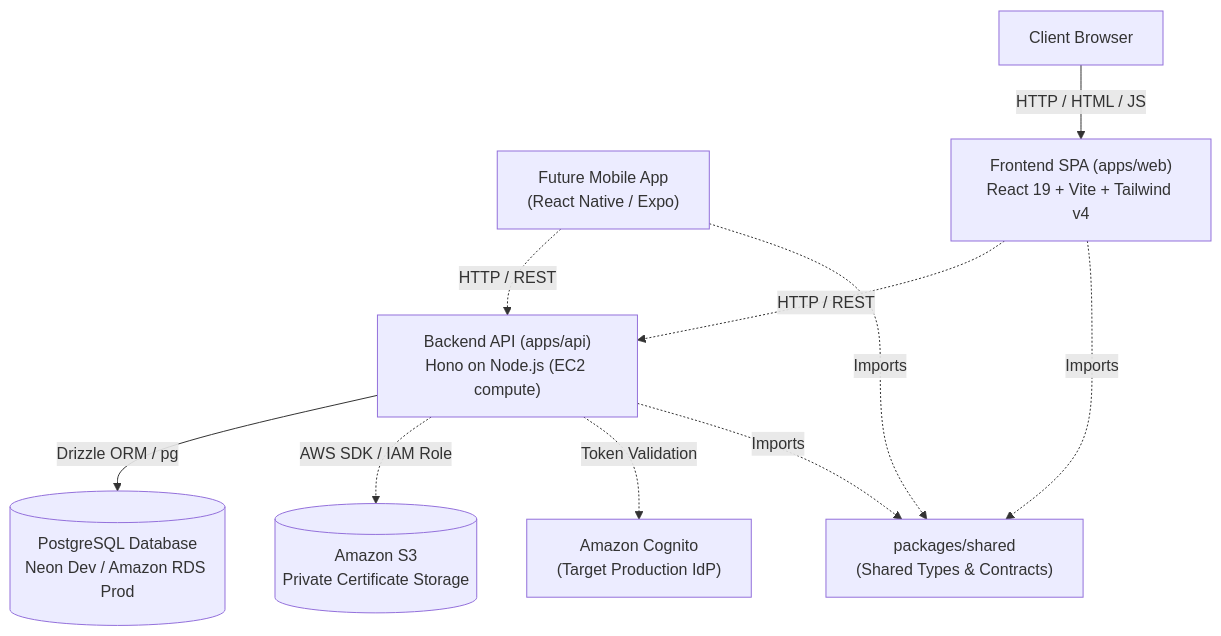
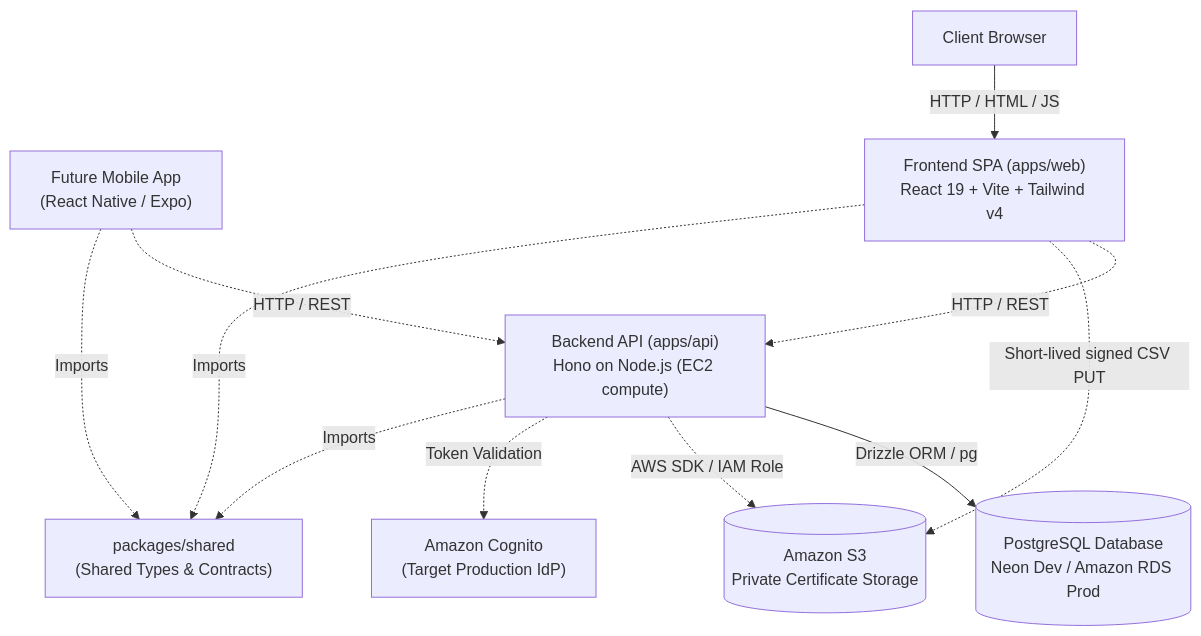
Before and after one commit to chrisFernandes-590/hmi_certificate_system: the diagram in docs/architecture/overview.md, drawn with Mermaid. The commit also changed other lines of this file and 101 other files, not shown here.

````diff
--- a/docs/architecture/overview.md
+++ b/docs/architecture/overview.md
@@ -12,21 +12,22 @@
 ```mermaid
 graph TD
     User["Client Browser"]
     Mobile["Future Mobile App<br/>(React Native / Expo)"]
     Web["Frontend SPA (apps/web)<br/>React 19 + Vite + Tailwind v4"]
     API["Backend API (apps/api)<br/>Hono on Node.js (EC2 compute)"]
     DB[("PostgreSQL Database<br/>Neon Dev / Amazon RDS Prod")]
     S3[("Amazon S3<br/>Private Certificate Storage")]
     Cognito["Amazon Cognito<br/>(Target Production IdP)"]
     Shared["packages/shared<br/>(Shared Types & Contracts)"]
 
     User -->|HTTP / HTML / JS| Web
     Mobile -.->|HTTP / REST| API
     Web -.->|HTTP / REST| API
     API -->|Drizzle ORM / pg| DB
     API -.->|AWS SDK / IAM Role| S3
+    Web -.->|Short-lived signed CSV PUT| S3
     API -.->|Token Validation| Cognito
     Web -.->|Imports| Shared
     Mobile -.->|Imports| Shared
     API -.->|Imports| Shared
 ```
````
